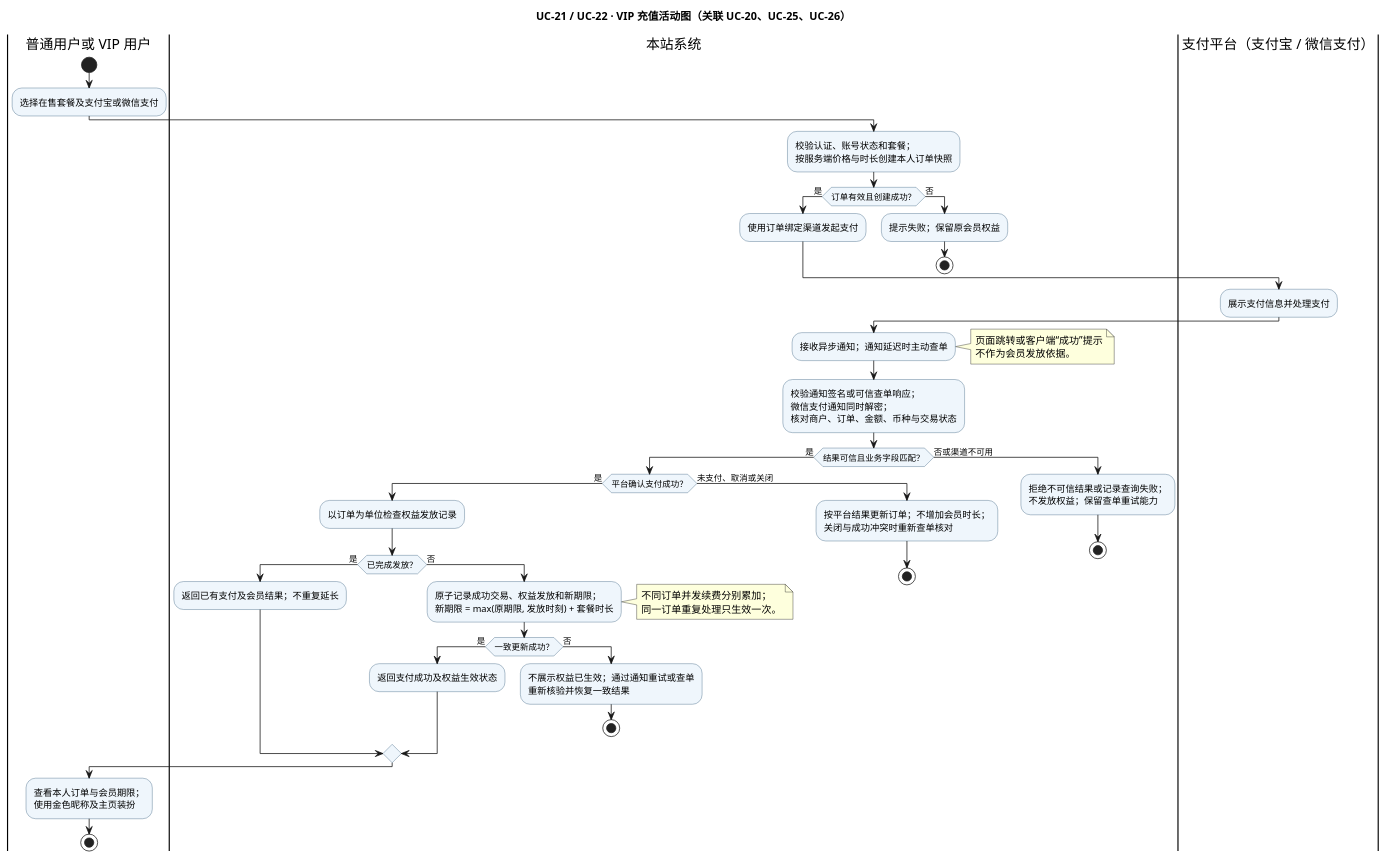
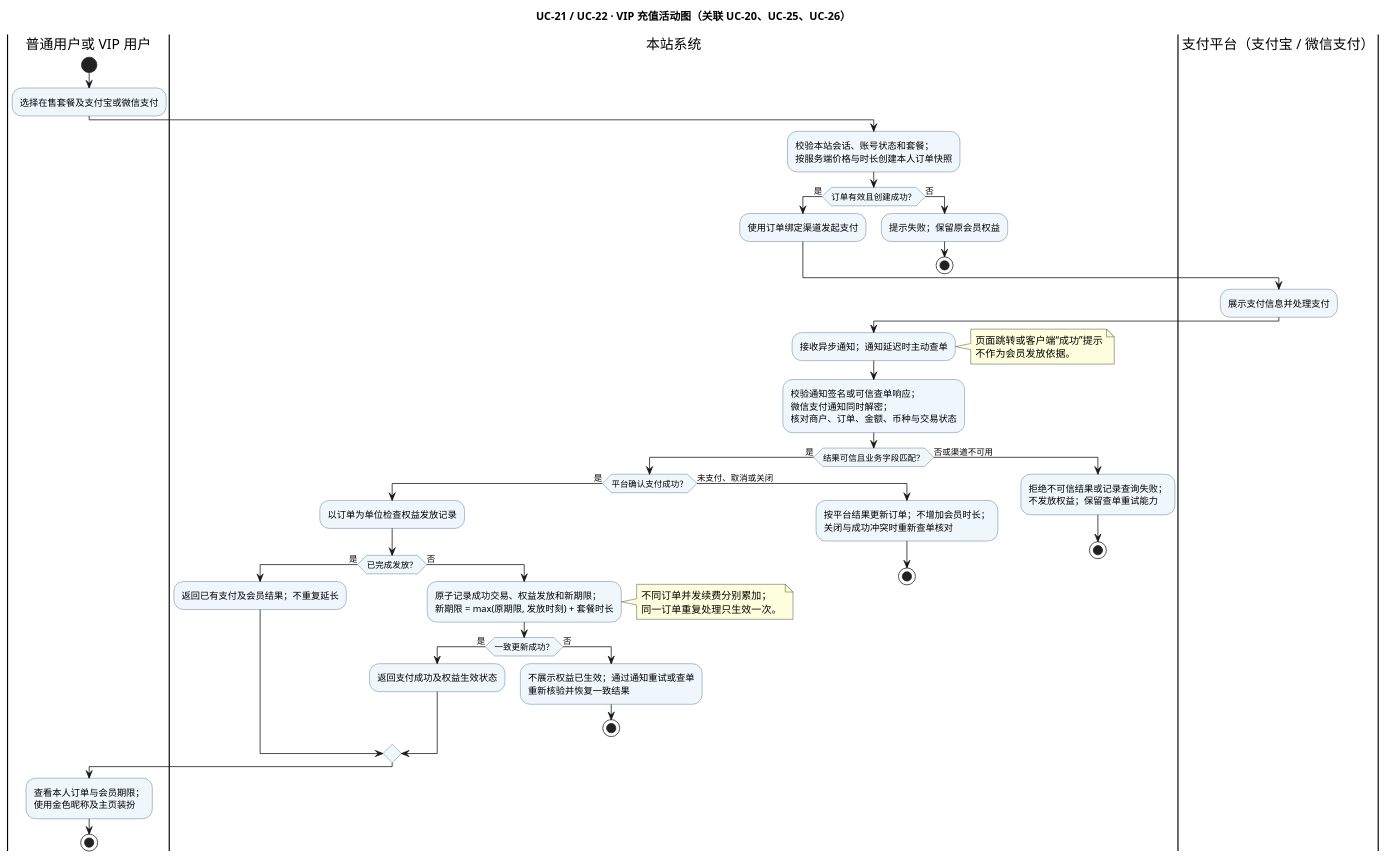
Before and after one commit to Zqz1022/Software-Engineering-Tongji-Uni-2026: the diagram in models/requirements/activity-vip-payment.puml, drawn with PlantUML. The commit also changed 13 other files, not shown here.

```diff
--- a/models/requirements/activity-vip-payment.puml
+++ b/models/requirements/activity-vip-payment.puml
@@ -1,64 +1,64 @@
 @startuml
 title UC-21 / UC-22 · VIP 充值活动图（关联 UC-20、UC-25、UC-26）
 skinparam defaultFontName PingFang SC
 skinparam shadowing false
 skinparam activityBackgroundColor #EFF6FC
 skinparam activityBorderColor #355C7D
 |普通用户或 VIP 用户|
 start
 :选择在售套餐及支付宝或微信支付;
 |本站系统|
-:校验认证、账号状态和套餐；
+:校验本站会话、账号状态和套餐；
 按服务端价格与时长创建本人订单快照;
 if (订单有效且创建成功？) then (是)
   :使用订单绑定渠道发起支付;
 else (否)
   :提示失败；保留原会员权益;
   stop
 endif
 |支付平台（支付宝 / 微信支付）|
 :展示支付信息并处理支付;
 |本站系统|
 :接收异步通知；通知延迟时主动查单;
 note right
   页面跳转或客户端“成功”提示
   不作为会员发放依据。
 end note
 :校验通知签名或可信查单响应；
 微信支付通知同时解密；
 核对商户、订单、金额、币种与交易状态;
 if (结果可信且业务字段匹配？) then (是)
   if (平台确认支付成功？) then (是)
     :以订单为单位检查权益发放记录;
     if (已完成发放？) then (是)
       :返回已有支付及会员结果；不重复延长;
     else (否)
       :原子记录成功交易、权益发放和新期限；
 新期限 = max(原期限, 发放时刻) + 套餐时长;
       note right
         不同订单并发续费分别累加；
         同一订单重复处理只生效一次。
       end note
       if (一致更新成功？) then (是)
         :返回支付成功及权益生效状态;
       else (否)
         :不展示权益已生效；通过通知重试或查单
 重新核验并恢复一致结果;
         stop
       endif
     endif
   else (未支付、取消或关闭)
     :按平台结果更新订单；不增加会员时长；
 关闭与成功冲突时重新查单核对;
     stop
   endif
 else (否或渠道不可用)
   :拒绝不可信结果或记录查询失败；
 不发放权益；保留查单重试能力;
   stop
 endif
 |普通用户或 VIP 用户|
 :查看本人订单与会员期限；
 使用金色昵称及主页装扮;
 stop
 @enduml
```
